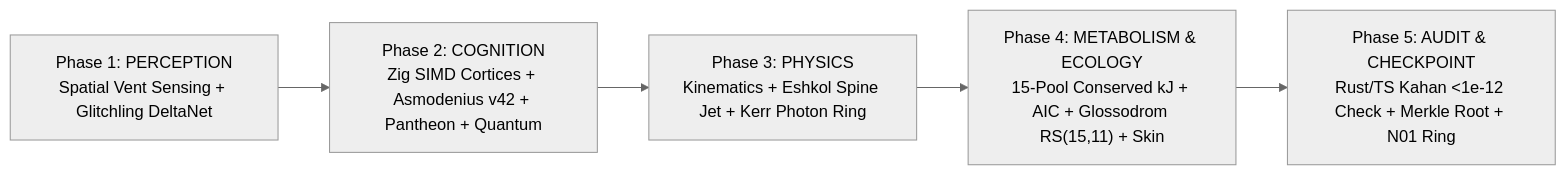
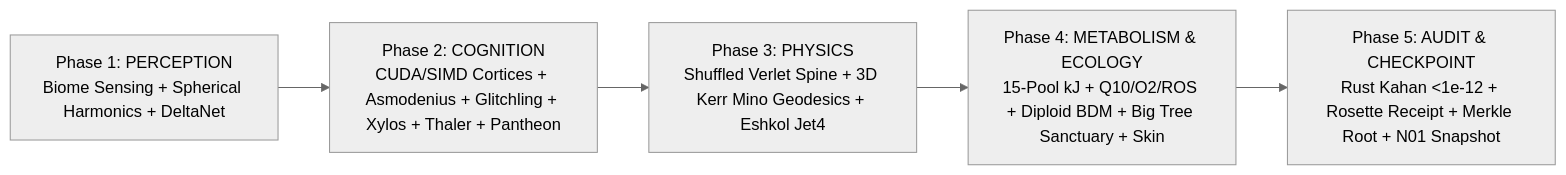
Before and after one commit to 0thernes/CQM2: the diagram in docs/ARCHITECTURE.md, drawn with Mermaid (neutral theme). The commit also changed other lines of this file and 107 other files, not shown here.

Commit message:
feat: ship CQM2 v2.1.0 quad-silicon kernels, Xylos v2, Thaler-9, OpenAPI v1, 3NF WAL & 8-tag Grade-A+ ledger

````diff
--- a/docs/ARCHITECTURE.md
+++ b/docs/ARCHITECTURE.md
@@ -14,7 +15,7 @@
 ```mermaid
 flowchart LR
-  P1["Phase 1: PERCEPTION<br/>Spatial Vent Sensing + Glitchling DeltaNet"] --> P2["Phase 2: COGNITION<br/>Zig SIMD Cortices + Asmodenius v42 + Pantheon + Quantum"]
-  P2 --> P3["Phase 3: PHYSICS<br/>Kinematics + Eshkol Spine Jet + Kerr Photon Ring"]
-  P3 --> P4["Phase 4: METABOLISM & ECOLOGY<br/>15-Pool Conserved kJ + AIC + Glossodrom RS(15,11) + Skin"]
-  P4 --> P5["Phase 5: AUDIT & CHECKPOINT<br/>Rust/TS Kahan <1e-12 Check + Merkle Root + N01 Ring"]
+  P1["Phase 1: PERCEPTION<br/>Biome Sensing + Spherical Harmonics + DeltaNet"] --> P2["Phase 2: COGNITION<br/>CUDA/SIMD Cortices + Asmodenius + Glitchling + Xylos + Thaler + Pantheon"]
+  P2 --> P3["Phase 3: PHYSICS<br/>Shuffled Verlet Spine + 3D Kerr Mino Geodesics + Eshkol Jet4"]
+  P3 --> P4["Phase 4: METABOLISM & ECOLOGY<br/>15-Pool kJ + Q10/O2/ROS + Diploid BDM + Big Tree Sanctuary + Skin"]
+  P4 --> P5["Phase 5: AUDIT & CHECKPOINT<br/>Rust Kahan <1e-12 + Rosette Receipt + Merkle Root + N01 Snapshot"]
 ```
````
